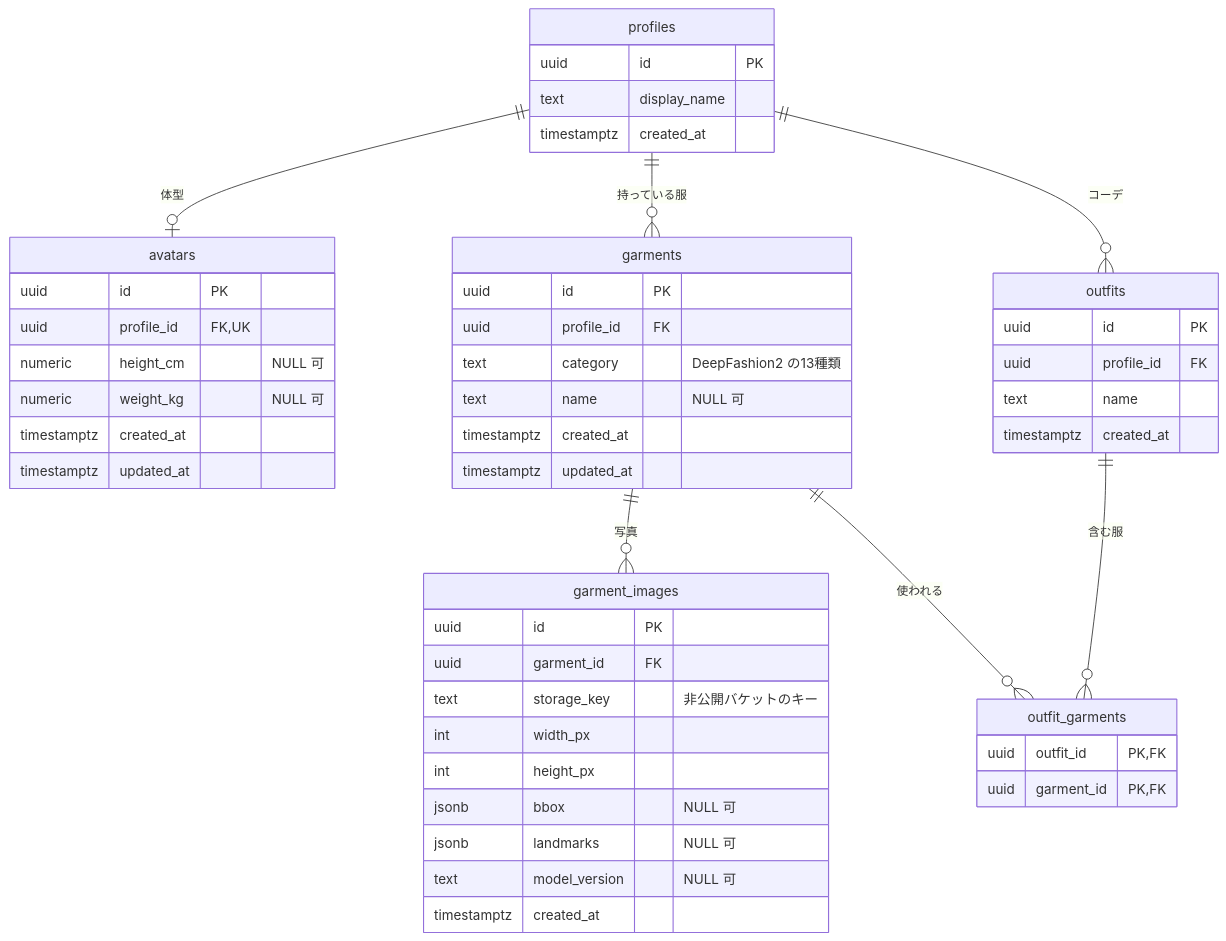
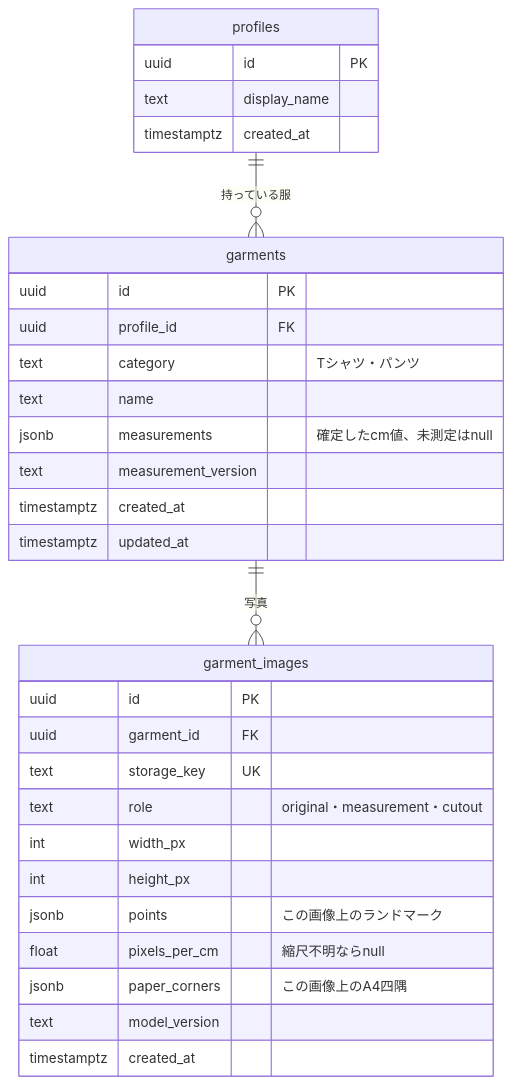
The diagram in docs/er.md (jphacks/tka_2617), drawn with Mermaid before and after one commit. The commit also changed other lines of this file and 29 other files, not shown here.

````diff
--- a/docs/er.md
+++ b/docs/er.md
@@ -5,52 +5,33 @@
 ```mermaid
 erDiagram
-  profiles ||--o| avatars : "体型"
   profiles ||--o{ garments : "持っている服"
   garments ||--o{ garment_images : "写真"
-  profiles ||--o{ outfits : "コーデ"
-  outfits ||--o{ outfit_garments : "含む服"
-  garments ||--o{ outfit_garments : "使われる"
-
   profiles {
     uuid id PK
     text display_name
     timestamptz created_at
   }
-  avatars {
-    uuid id PK
-    uuid profile_id FK, UK
-    numeric height_cm "NULL 可"
-    numeric weight_kg "NULL 可"
-    timestamptz created_at
-    timestamptz updated_at
-  }
   garments {
     uuid id PK
     uuid profile_id FK
-    text category "DeepFashion2 の13種類"
-    text name "NULL 可"
+    text category "Tシャツ・パンツ"
+    text name
+    jsonb measurements "確定したcm値、未測定はnull"
+    text measurement_version
     timestamptz created_at
     timestamptz updated_at
   }
   garment_images {
     uuid id PK
     uuid garment_id FK
-    text storage_key "非公開バケットのキー"
+    text storage_key UK
+    text role "original・measurement・cutout"
     int width_px
     int height_px
-    jsonb bbox "NULL 可"
-    jsonb landmarks "NULL 可"
-    text model_version "NULL 可"
+    jsonb points "この画像上のランドマーク"
+    float pixels_per_cm "縮尺不明ならnull"
+    jsonb paper_corners "この画像上のA4四隅"
+    text model_version
     timestamptz created_at
   }
-  outfits {
-    uuid id PK
-    uuid profile_id FK
-    text name
-    timestamptz created_at
-  }
-  outfit_garments {
-    uuid outfit_id PK, FK
-    uuid garment_id PK, FK
-  }
 ```
````
